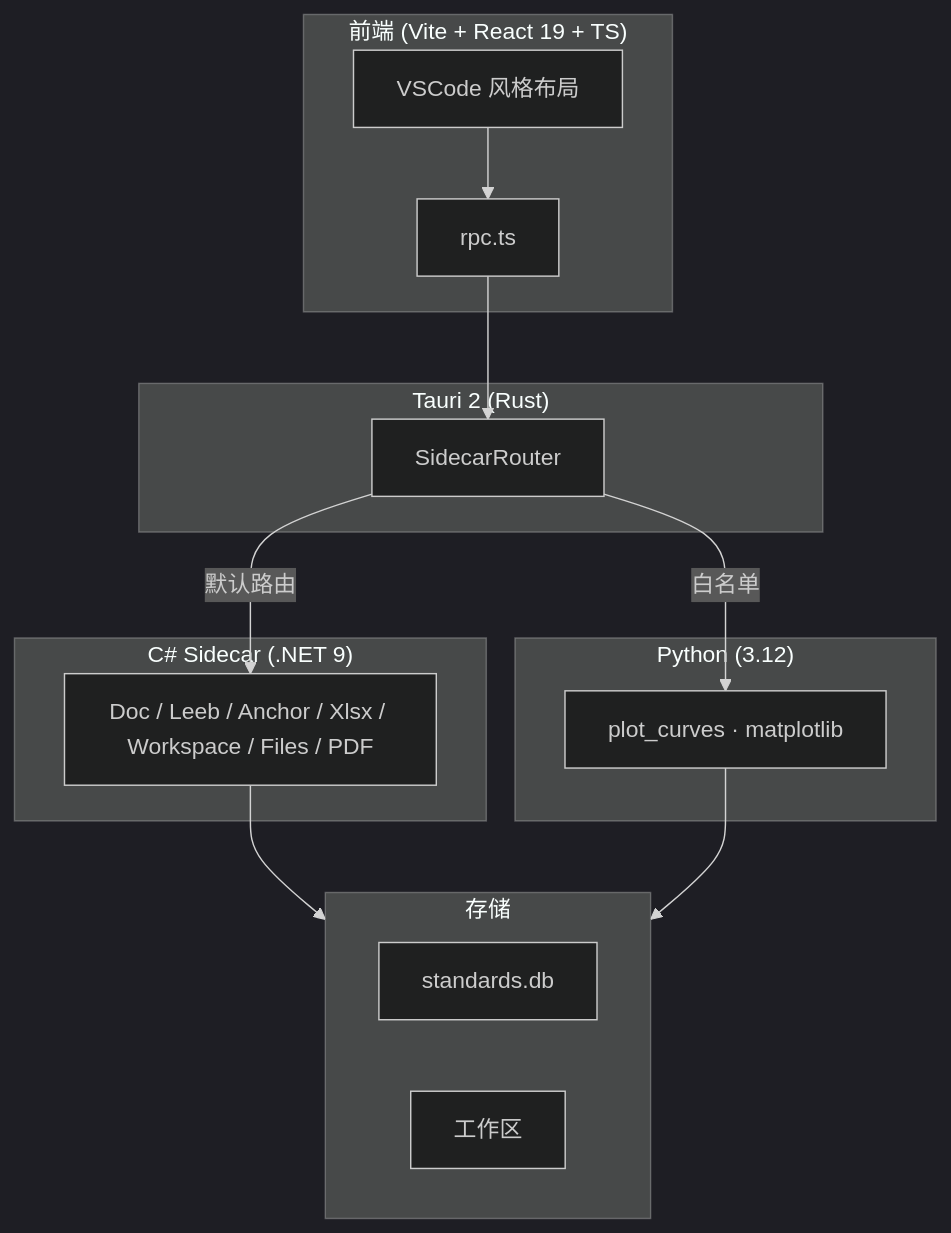
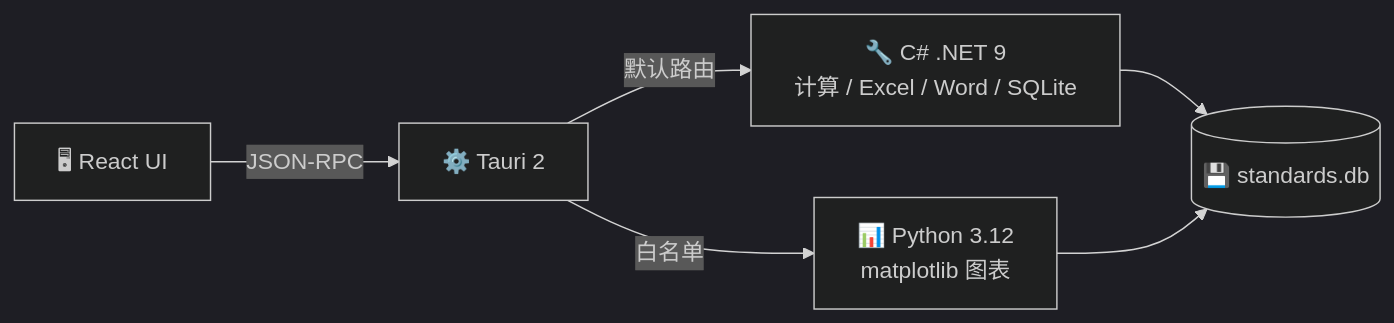
The diagram in README.md (ZGQ2001/civ-core), drawn with Mermaid (dark theme) before and after one commit. The commit also changed other lines of this file, not shown here.

````diff
--- a/README.md
+++ b/README.md
@@ -75,24 +85,14 @@
 ```mermaid
-graph TB
-    subgraph Frontend ["前端 (Vite + React 19 + TS)"]
-        UI["VSCode 风格布局"]
-        RPC_Client["rpc.ts"]
-        UI --> RPC_Client
-    end
-    subgraph Tauri ["Tauri 2 (Rust)"]
-        Router["SidecarRouter"]
-        RPC_Client --> Router
-    end
-    subgraph CSharp ["C# Sidecar (.NET 9)"]
-        CS["Doc / Leeb / Anchor / Xlsx / Workspace / Files / PDF"]
-    end
-    subgraph Python ["Python (3.12)"]
-        Py["plot_curves · matplotlib"]
-    end
-    subgraph Storage ["存储"]
-        DB["standards.db"] & Disk["工作区"]
-    end
-    Router -- "默认路由" --> CS
-    Router -- "白名单" --> Py
-    CS & Py --> Storage
+graph LR
+    UI["🖥 React UI"]
+    Tauri["⚙️ Tauri 2"]
+    CSHARP["🔧 C# .NET 9<br/>计算 / Excel / Word / SQLite"]
+    PYTHON["📊 Python 3.12<br/>matplotlib 图表"]
+    DB[("💾 standards.db")]
+
+    UI -->|"JSON-RPC"| Tauri
+    Tauri -->|"默认路由"| CSHARP
+    Tauri -->|"白名单"| PYTHON
+    CSHARP --> DB
+    PYTHON --> DB
 ```
````
